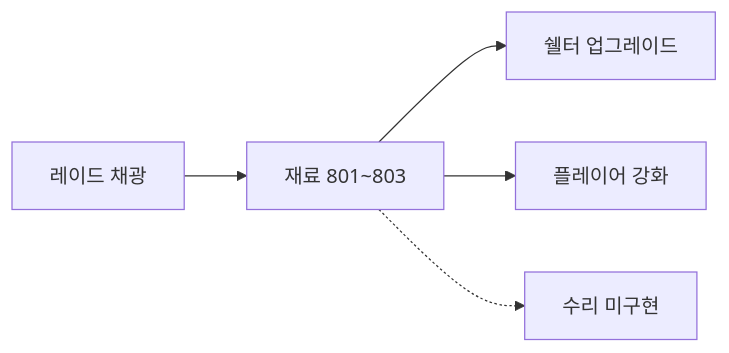
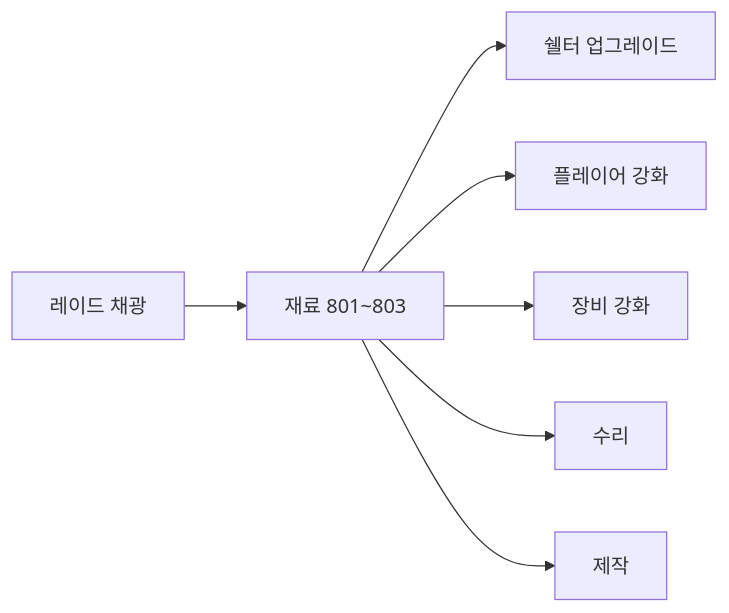
Before and after one commit to ksjgusdh123/PocoPoachers: the diagram in Docs/design/progression.md, drawn with Mermaid. The commit also changed other lines of this file and 18 other files, not shown here.

````diff
--- a/Docs/design/progression.md
+++ b/Docs/design/progression.md
@@ -80,7 +88,9 @@
 ```mermaid
 flowchart LR
     Ore[레이드 채광] --> Ingredient[재료 801~803]
     Ingredient --> ShelterUp[쉘터 업그레이드]
     Ingredient --> Enhance[플레이어 강화]
-    Ingredient -.-> Repair[수리 미구현]
+    Ingredient --> GunEnhance[장비 강화]
+    Ingredient --> Repair[수리]
+    Ingredient --> Craft[제작]
 ```
````
